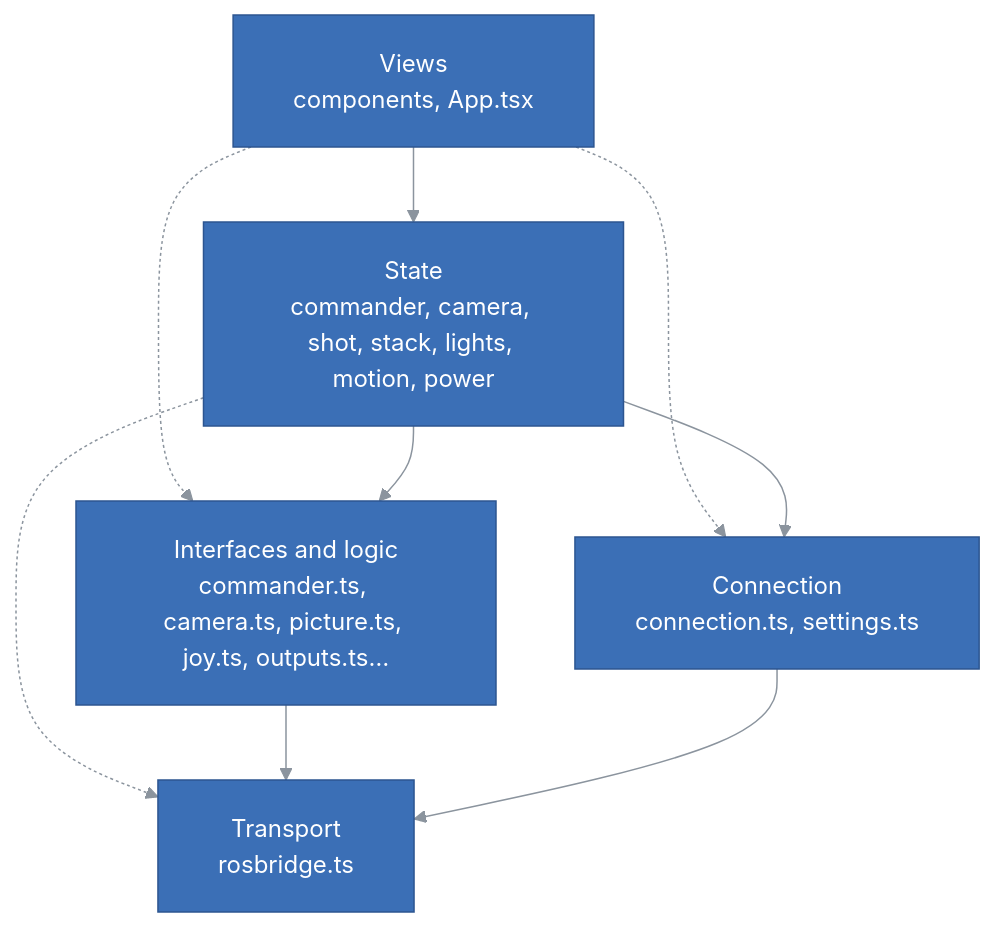
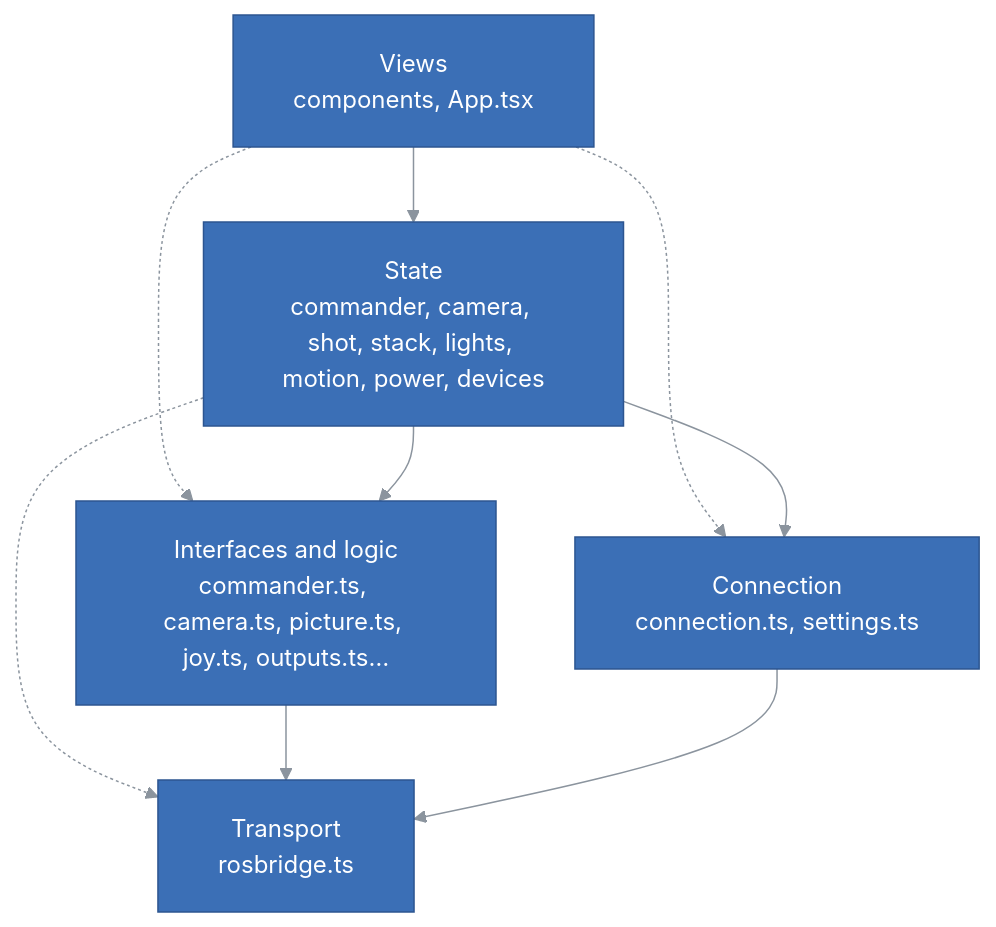
Before and after one commit to kineticsystem/stepit-macro: the second of 5 diagrams in ui/docs/ARCHITECTURE.md, drawn with Mermaid. The commit also changed other lines of this file and 23 other files, not shown here.

````diff
--- a/ui/docs/ARCHITECTURE.md
+++ b/ui/docs/ARCHITECTURE.md
@@ -129,73 +129,73 @@
 ```mermaid
 ---
 config:
   theme: base
   themeCSS: ".edgeLabel p { padding: 4px 10px; }"
   flowchart:
     padding: 20
     nodeSpacing: 40
     rankSpacing: 50
   class:
     padding: 16
   sequence:
     boxMargin: 12
     boxTextMargin: 8
     noteMargin: 28
     messageMargin: 40
     actorMargin: 60
     labelBoxWidth: 56
     labelBoxHeight: 28
   themeVariables:
     primaryColor: "#3b6fb6"
     primaryTextColor: "#ffffff"
     primaryBorderColor: "#2c5590"
     lineColor: "#8b949e"
     textColor: "#4d86d6"
     actorBkg: "#3b6fb6"
     actorBorder: "#2c5590"
     actorTextColor: "#ffffff"
     actorLineColor: "#8b949e"
     signalColor: "#8b949e"
     signalTextColor: "#4d86d6"
     noteBkgColor: "#3b6fb6"
     noteTextColor: "#ffffff"
     noteBorderColor: "#2c5590"
     secondaryColor: "#3b6fb6"
     tertiaryColor: "#3b6fb6"
     clusterBkg: "transparent"
     clusterBorder: "#8b949e"
     titleColor: "#4d86d6"
     edgeLabelBackground: "#3b6fb6"
     classText: "#ffffff"
     labelBoxBkgColor: "#3b6fb6"
     labelBoxBorderColor: "#2c5590"
     labelTextColor: "#ffffff"
     loopTextColor: "#4d86d6"
     mainBkg: "#3b6fb6"
     nodeBorder: "#2c5590"
     nodeTextColor: "#ffffff"
     secondaryBorderColor: "#2c5590"
     secondaryTextColor: "#ffffff"
     tertiaryBorderColor: "#2c5590"
     tertiaryTextColor: "#ffffff"
     errorBkgColor: "#3b6fb6"
     errorTextColor: "#ffffff"
 ---
 flowchart TD
     Views["Views<br/>components, App.tsx"]
-    Stores["State<br/>commander, camera, shot, stack, lights, motion, power"]
+    Stores["State<br/>commander, camera, shot, stack, lights, motion, power, devices"]
     Interfaces["Interfaces and logic<br/>commander.ts, camera.ts, picture.ts, joy.ts, outputs.ts…"]
     Connection["Connection<br/>connection.ts, settings.ts"]
     Transport["Transport<br/>rosbridge.ts"]
 
     Views --> Stores
     Views -.-> Interfaces
     Views -.-> Connection
     Stores --> Interfaces
     Stores --> Connection
     Stores -.-> Transport
     Interfaces --> Transport
     Connection --> Transport
 
     classDef default fill:#3b6fb6,stroke:#2c5590,color:#ffffff
 ```
````
